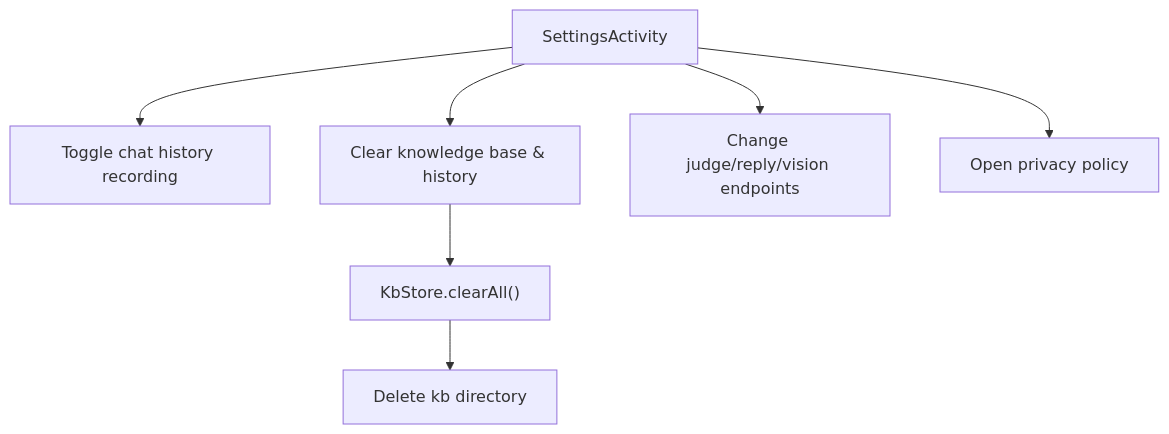
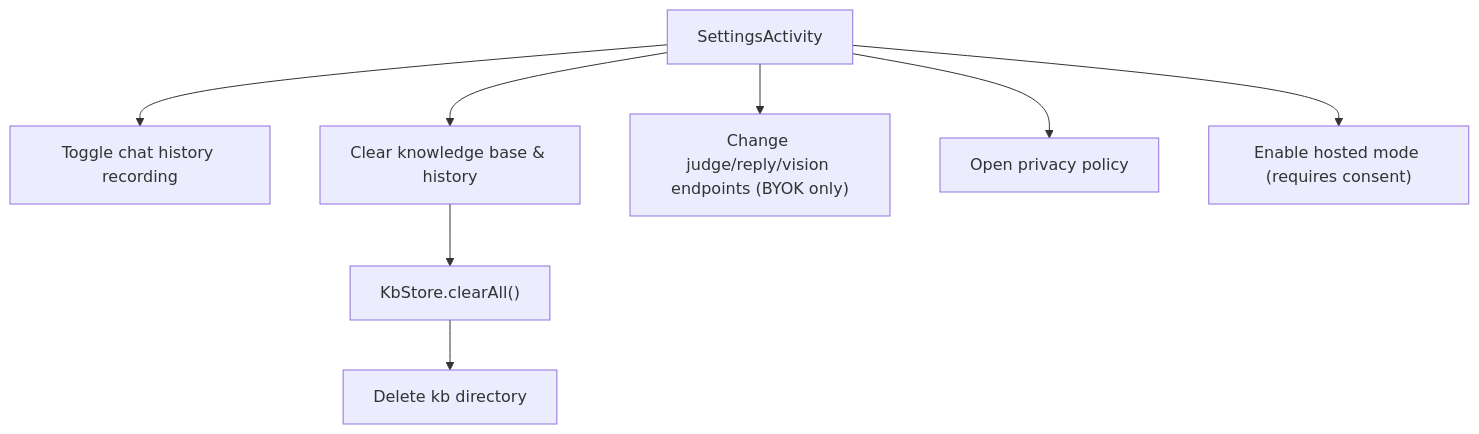
The ninth of 11 diagrams in .qoder/repowiki/en/content/Security & Privacy.md (DeloYong/jev-chat-jarvis), drawn with Mermaid before and after one commit. The commit also changed other lines of this file and 66 other files, not shown here.

````diff
--- a/.qoder/repowiki/en/content/Security & Privacy.md
+++ b/.qoder/repowiki/en/content/Security & Privacy.md
@@ -357,9 +419,10 @@
 ```mermaid
 flowchart TD
 Settings["SettingsActivity"] --> ToggleHistory["Toggle chat history recording"]
 Settings --> ClearKB["Clear knowledge base & history"]
 ClearKB --> KbStore["KbStore.clearAll()"]
 KbStore --> Files["Delete kb directory"]
-Settings --> ChangeProvider["Change judge/reply/vision endpoints"]
+Settings --> ChangeProvider["Change judge/reply/vision endpoints (BYOK only)"]
 Settings --> PrivacyLink["Open privacy policy"]
+Settings --> HostedConsent["Enable hosted mode (requires consent)"]
 ```
````
